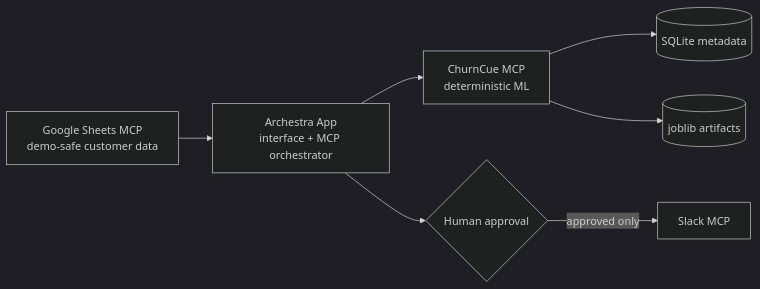
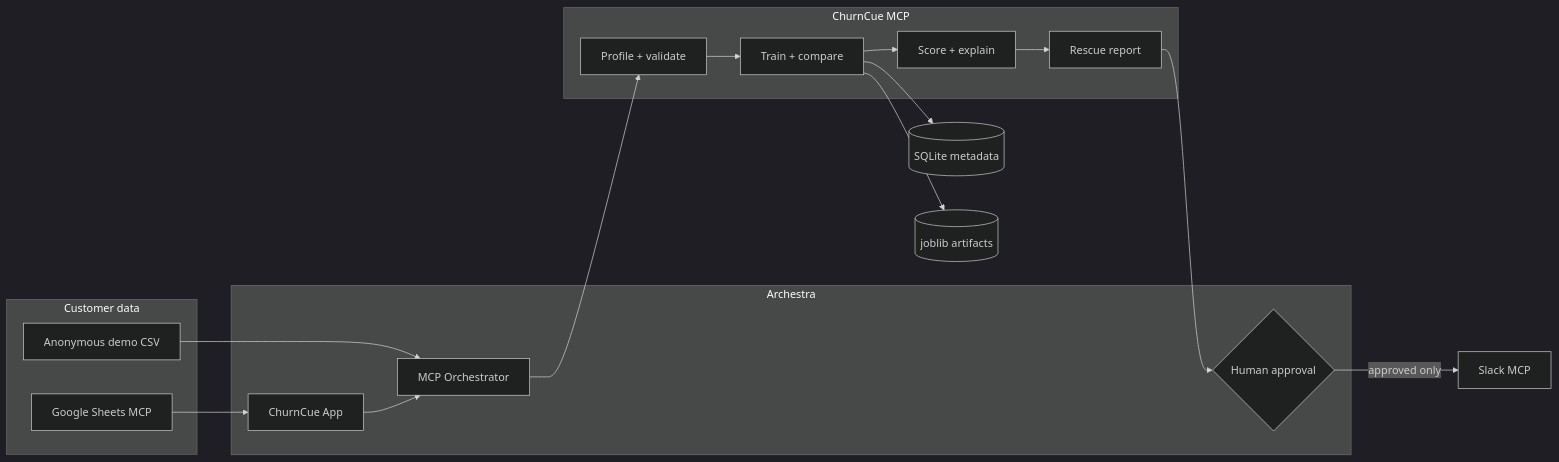
One commit to Bhaktabahadurthapa/ChurnCue changed the diagram in README.md. Above: the diagram before and after it, drawn with Mermaid (dark theme). The commit also changed other lines of this file and 16 other files, not shown here.

````diff
--- a/README.md
+++ b/README.md
@@ -22,9 +47,28 @@
 ```mermaid
 flowchart LR
-  Sheets[Google Sheets MCP\ndemo-safe customer data] --> Archestra[Archestra App\ninterface + MCP orchestrator]
-  Archestra --> CRM[ChurnCue MCP\ndeterministic ML]
-  CRM --> DB[(SQLite metadata)]
-  CRM --> Models[(joblib artifacts)]
-  Archestra --> Approval{Human approval}
+  subgraph Sources[Customer data]
+    Sheets[Google Sheets MCP]
+    Demo[Anonymous demo CSV]
+  end
+
+  subgraph Archestra[Archestra]
+    App[ChurnCue App]
+    Orchestrator[MCP Orchestrator]
+    Approval{Human approval}
+  end
+
+  subgraph Service[ChurnCue MCP]
+    Profile[Profile + validate]
+    Train[Train + compare]
+    Score[Score + explain]
+    Report[Rescue report]
+  end
+
+  Sheets --> App
+  Demo --> Orchestrator
+  App --> Orchestrator --> Profile --> Train --> Score --> Report
+  Train --> Metadata[(SQLite metadata)]
+  Train --> Artifacts[(joblib artifacts)]
+  Report --> Approval
   Approval -->|approved only| Slack[Slack MCP]
 ```
````
